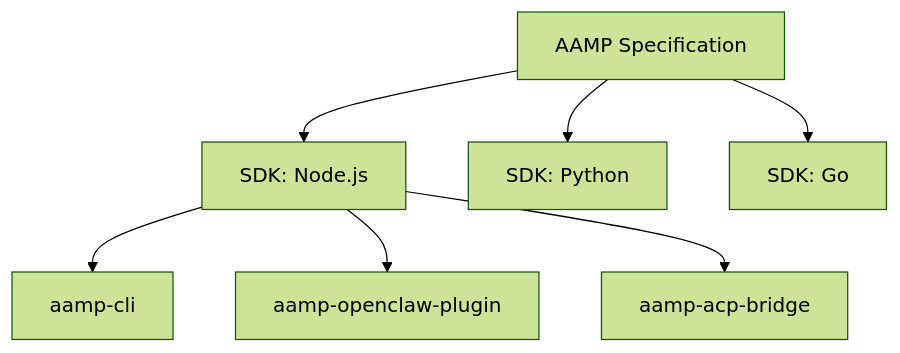
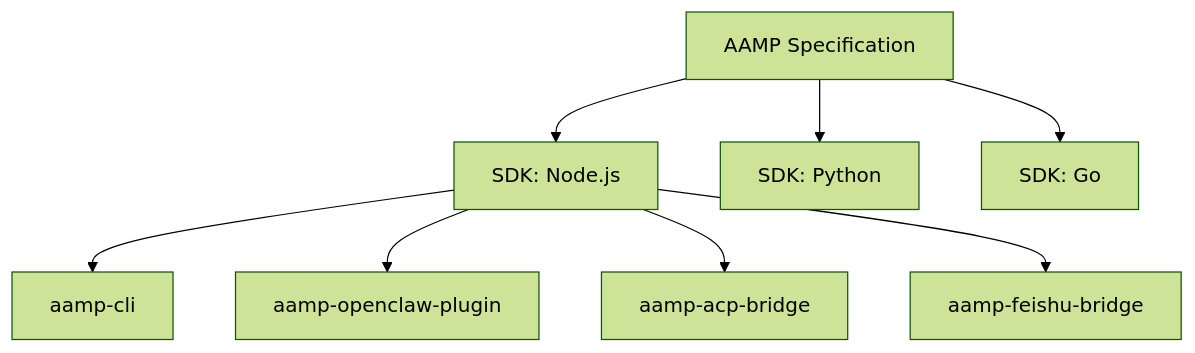
The third of 3 diagrams in README.md (larksuite/aamp), drawn with Mermaid (forest theme) before and after one commit. The commit also changed other lines of this file and 9 other files, not shown here.

Commit message:
Add Feishu bridge package

````diff
--- a/README.md
+++ b/README.md
@@ -330,9 +342,10 @@
 ```mermaid
 flowchart TB
     SPEC["AAMP Specification"] --> NODE["SDK: Node.js"]
     SPEC --> PY["SDK: Python"]
     SPEC --> GO["SDK: Go"]
     NODE --> CLI["aamp-cli"]
     NODE --> OCP["aamp-openclaw-plugin"]
     NODE --> ACP["aamp-acp-bridge"]
+    NODE --> FEI["aamp-feishu-bridge"]
 ```
````
